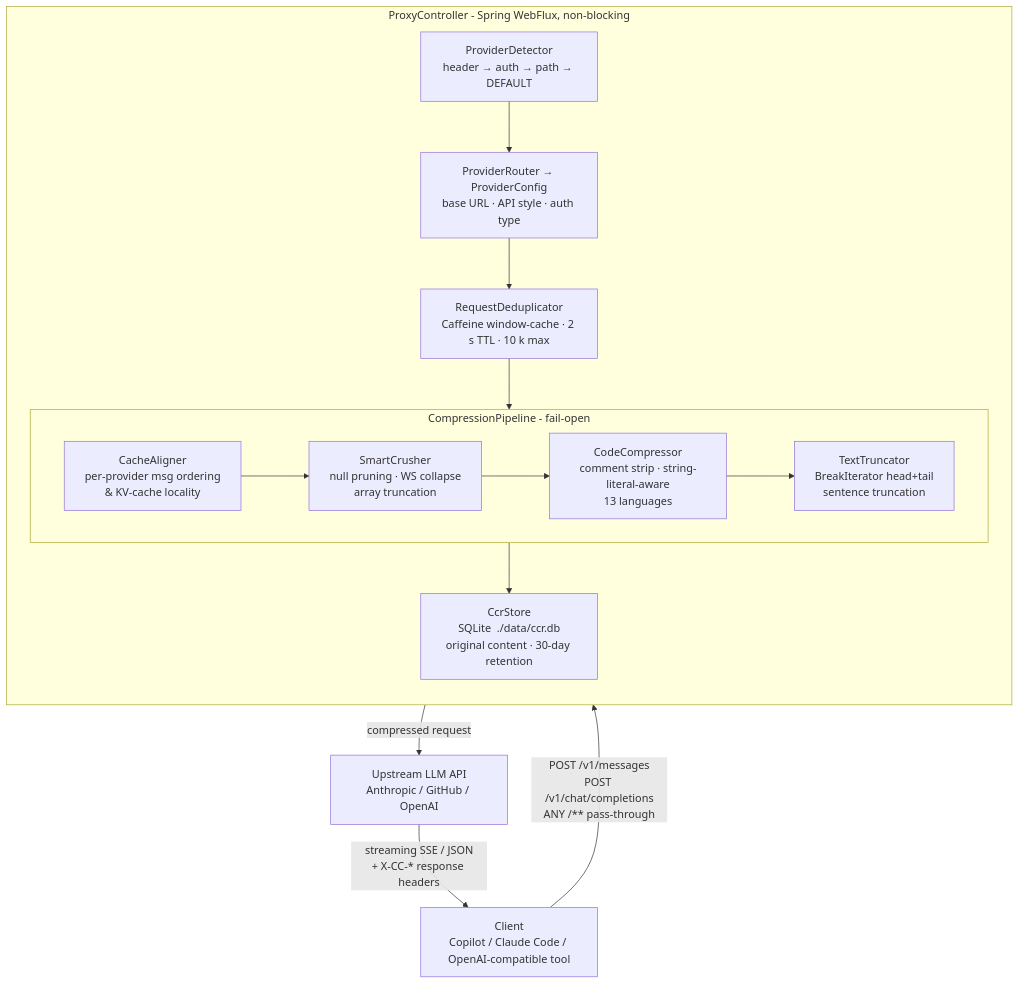
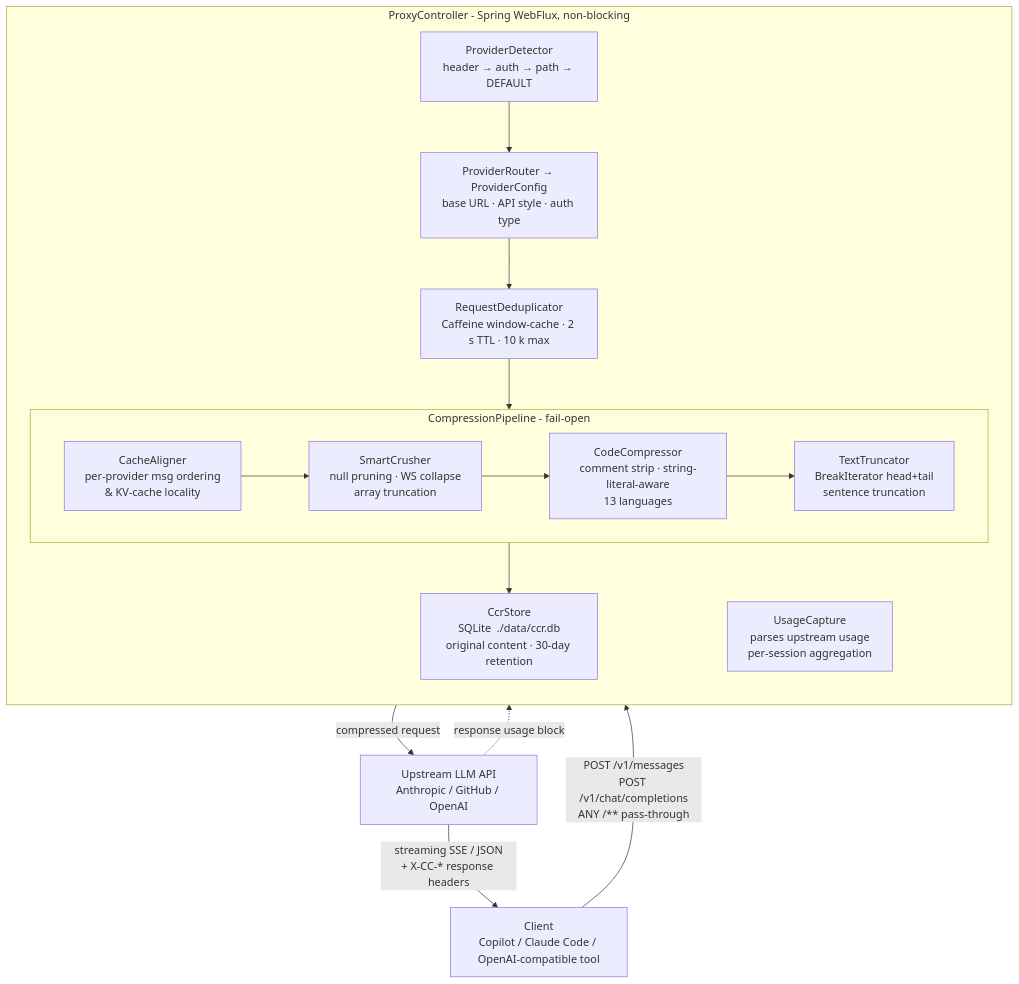
One commit to vattitude-me/ContextCompresso changed the diagram in README.md. Above: the diagram before and after it, drawn with Mermaid. The commit also changed other lines of this file, not shown here.

First line of the commit message:
Rewrite README as extension-first: lead with install/usage, cut manual curl walkthroughs

````diff
--- a/README.md
+++ b/README.md
@@ -47,32 +153,34 @@
 ```mermaid
 flowchart TD
     Client["Client\nCopilot / Claude Code / OpenAI-compatible tool"]
 
     subgraph Proxy["ProxyController  -  Spring WebFlux, non-blocking"]
         direction TB
         Detection["ProviderDetector\nheader → auth → path → DEFAULT"]
         Router["ProviderRouter → ProviderConfig\nbase URL · API style · auth type"]
         Dedup["RequestDeduplicator\nCaffeine window-cache · 2 s TTL · 10 k max"]
 
         subgraph Pipeline["CompressionPipeline  -  fail-open"]
             direction LR
             S1["CacheAligner\nper-provider msg ordering\n& KV-cache locality"]
             S2["SmartCrusher\nnull pruning · WS collapse\narray truncation"]
             S3["CodeCompressor\ncomment strip · string-literal-aware\n13 languages"]
             S4["TextTruncator\nBreakIterator head+tail\nsentence truncation"]
             S1 --> S2 --> S3 --> S4
         end
 
+        Usage["UsageCapture\nparses upstream usage\nper-session aggregation"]
         CCR["CcrStore\nSQLite  ./data/ccr.db\noriginal content · 30-day retention"]
     end
 
     Upstream["Upstream LLM API\nAnthropic / GitHub / OpenAI"]
 
     Client -->|"POST /v1/messages\nPOST /v1/chat/completions\nANY /** pass-through"| Detection
     Detection --> Router
     Router --> Dedup
     Dedup --> Pipeline
     Pipeline --> CCR
     Pipeline -->|compressed request| Upstream
     Upstream -->|"streaming SSE / JSON\n+ X-CC-* response headers"| Client
+    Upstream -.->|response usage block| Usage
 ```
````
